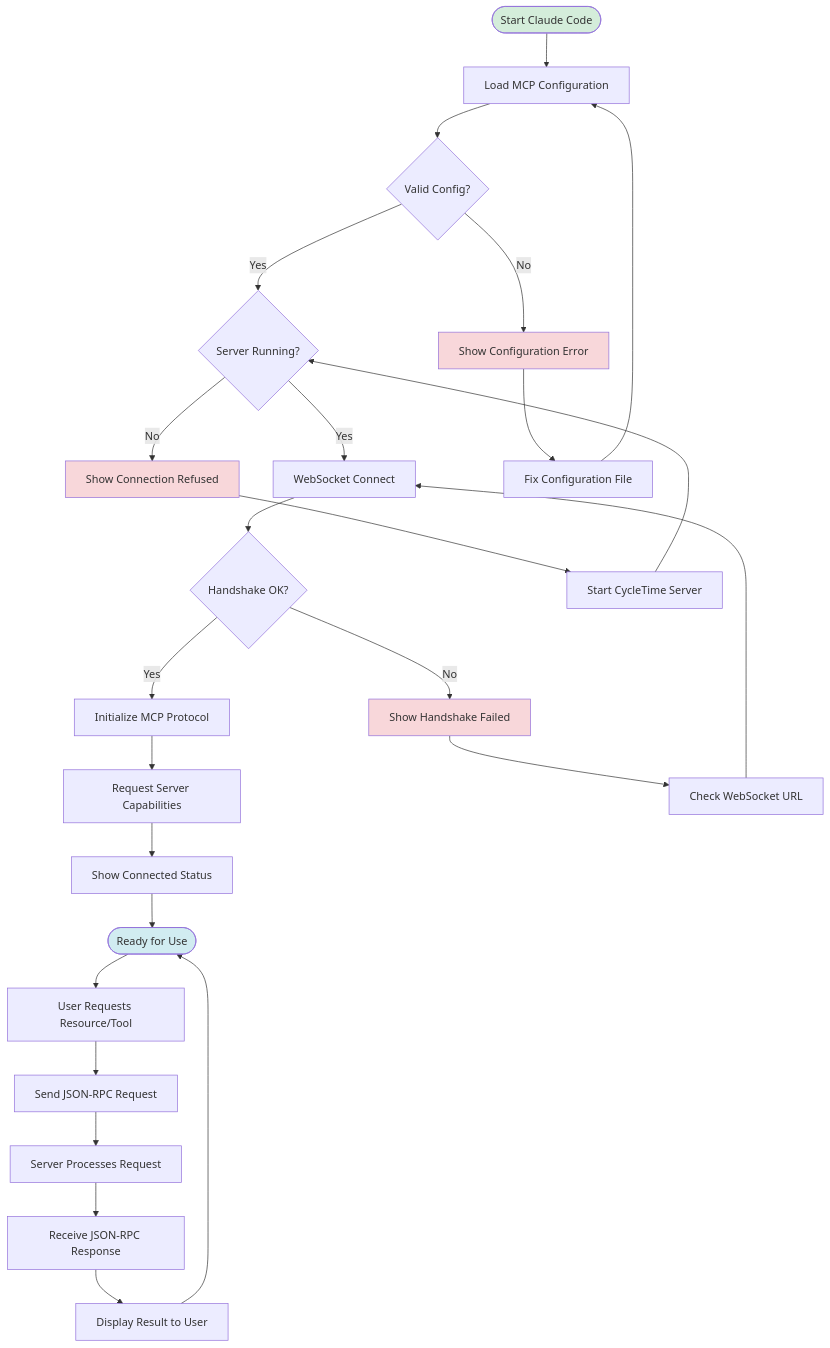
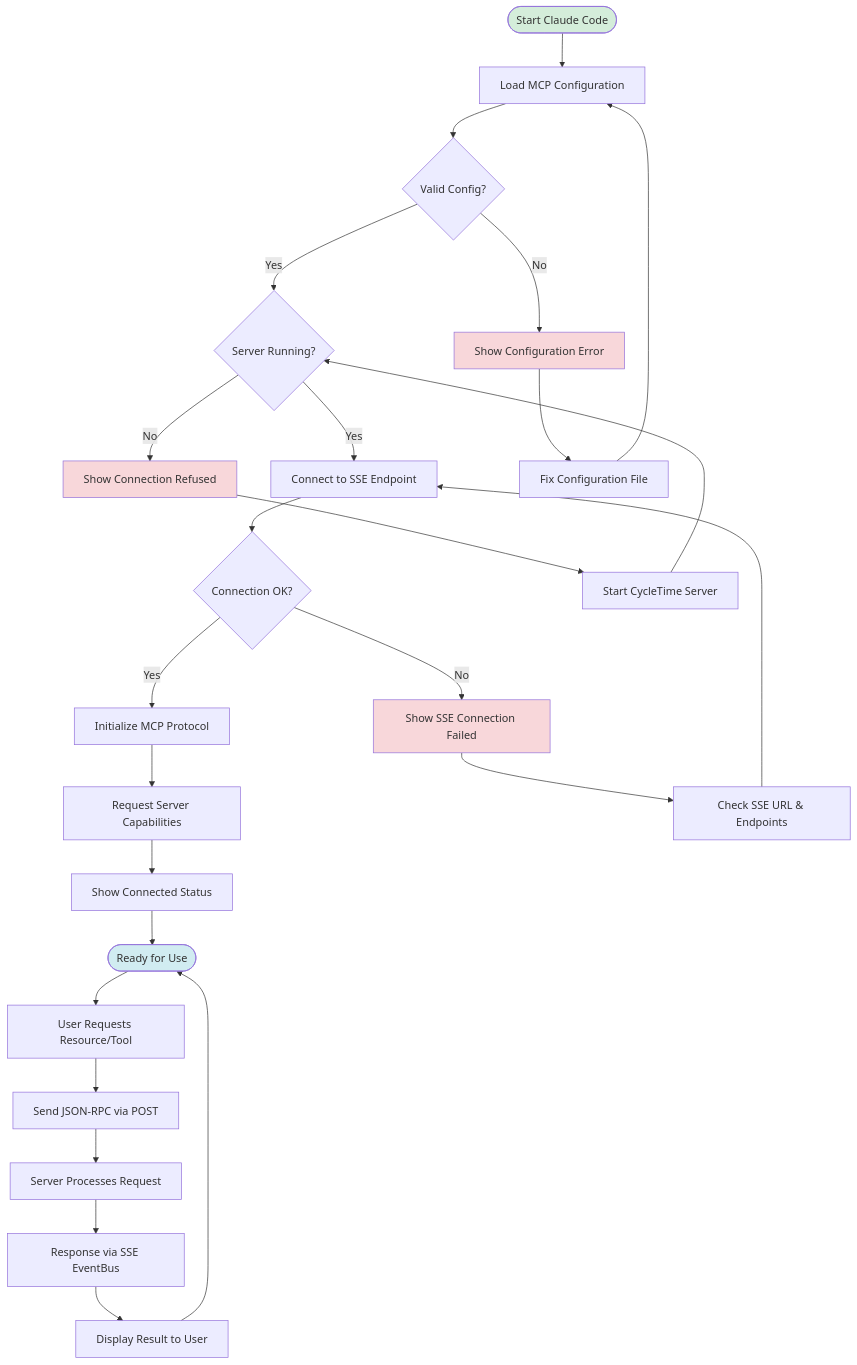
Before and after one commit to spiralhouse/cycletime: the second of 2 diagrams in docs/getting-started/mcp-client-setup.md, drawn with Mermaid. The commit also changed other lines of this file and 14 other files, not shown here.

First line of the commit message:
docs: update all documentation from WebSocket to SSE transport (SPI-665)

````diff
--- a/docs/getting-started/mcp-client-setup.md
+++ b/docs/getting-started/mcp-client-setup.md
@@ -488,41 +491,41 @@
 ```mermaid
 flowchart TB
     Start([Start Claude Code]) --> LoadConfig[Load MCP Configuration]
     LoadConfig --> ParseConfig{Valid Config?}
 
     ParseConfig -->|No| Error1[Show Configuration Error]
     ParseConfig -->|Yes| StartServer{Server Running?}
 
     StartServer -->|No| Error2[Show Connection Refused]
-    StartServer -->|Yes| WSConnect[WebSocket Connect]
+    StartServer -->|Yes| SSEConnect[Connect to SSE Endpoint]
 
-    WSConnect --> Handshake{Handshake OK?}
-    Handshake -->|No| Error3[Show Handshake Failed]
+    SSEConnect --> Handshake{Connection OK?}
+    Handshake -->|No| Error3[Show SSE Connection Failed]
     Handshake -->|Yes| InitProtocol[Initialize MCP Protocol]
 
     InitProtocol --> GetCapabilities[Request Server Capabilities]
     GetCapabilities --> ShowConnected[Show Connected Status]
 
     ShowConnected --> Ready([Ready for Use])
 
     Ready --> UserRequest[User Requests Resource/Tool]
-    UserRequest --> MCPRequest[Send JSON-RPC Request]
+    UserRequest --> MCPRequest[Send JSON-RPC via POST]
     MCPRequest --> ServerProcess[Server Processes Request]
-    ServerProcess --> MCPResponse[Receive JSON-RPC Response]
+    ServerProcess --> MCPResponse[Response via SSE EventBus]
     MCPResponse --> DisplayResult[Display Result to User]
     DisplayResult --> Ready
 
     Error1 --> Fix1[Fix Configuration File]
     Error2 --> Fix2[Start CycleTime Server]
-    Error3 --> Fix3[Check WebSocket URL]
+    Error3 --> Fix3[Check SSE URL & Endpoints]
 
     Fix1 --> LoadConfig
     Fix2 --> StartServer
-    Fix3 --> WSConnect
+    Fix3 --> SSEConnect
 
     style Start fill:#d4edda
     style Ready fill:#d1ecf1
     style Error1 fill:#f8d7da
     style Error2 fill:#f8d7da
     style Error3 fill:#f8d7da
 ```
````
